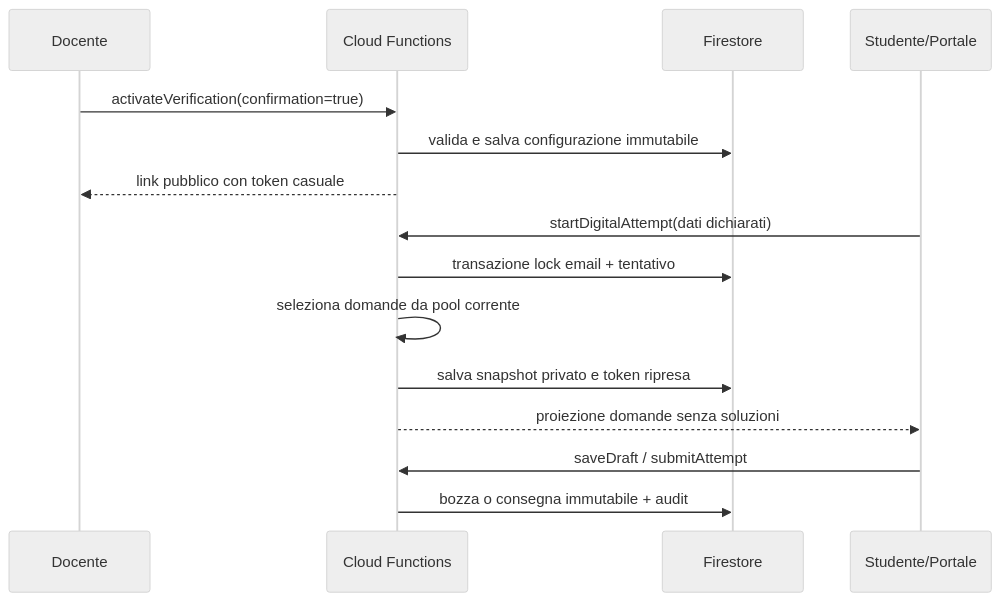
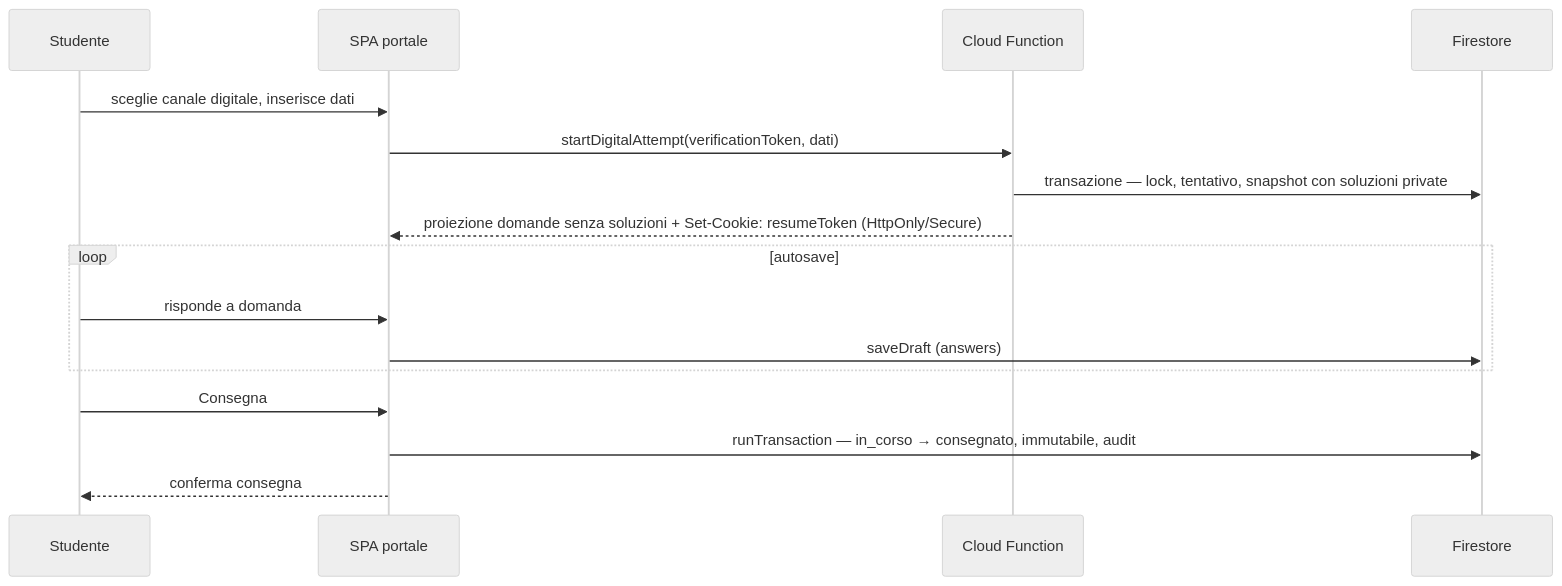
One commit to EnricoPaparo/SchoolForge changed the second of 2 diagrams in documentazione/diagrammi/sequence-pubblicazione-verifica.md. Above: the diagram before and after it, drawn with Mermaid (neutral theme). The commit also changed other lines of this file and 14 other files, not shown here.

````diff
--- a/documentazione/diagrammi/sequence-pubblicazione-verifica.md
+++ b/documentazione/diagrammi/sequence-pubblicazione-verifica.md
@@ -3,20 +30,21 @@
 ```mermaid
 sequenceDiagram
-    participant D as Docente
-    participant B as Cloud Functions
+    participant S as Studente
+    participant SPA as SPA portale
+    participant CF as Cloud Function
     participant F as Firestore
-    participant S as Studente/Portale
 
-    D->>B: activateVerification(confirmation=true)
-    B->>F: valida e salva configurazione immutabile
-    B-->>D: link pubblico con token casuale
+    S->>SPA: sceglie canale digitale, inserisce dati
+    SPA->>CF: startDigitalAttempt(verificationToken, dati)
+    CF->>F: transazione — lock, tentativo, snapshot con soluzioni private
+    CF-->>SPA: proiezione domande senza soluzioni + Set-Cookie: resumeToken (HttpOnly/Secure)
 
-    S->>B: startDigitalAttempt(dati dichiarati)
-    B->>F: transazione lock email + tentativo
-    B->>B: seleziona domande da pool corrente
-    B->>F: salva snapshot privato e token ripresa
-    B-->>S: proiezione domande senza soluzioni
+    loop autosave
+        S->>SPA: risponde a domanda
+        SPA->>F: saveDraft (answers)
+    end
 
-    S->>B: saveDraft / submitAttempt
-    B->>F: bozza o consegna immutabile + audit
+    S->>SPA: Consegna
+    SPA->>F: runTransaction — in_corso → consegnato, immutabile, audit
+    SPA-->>S: conferma consegna
 ```
````
